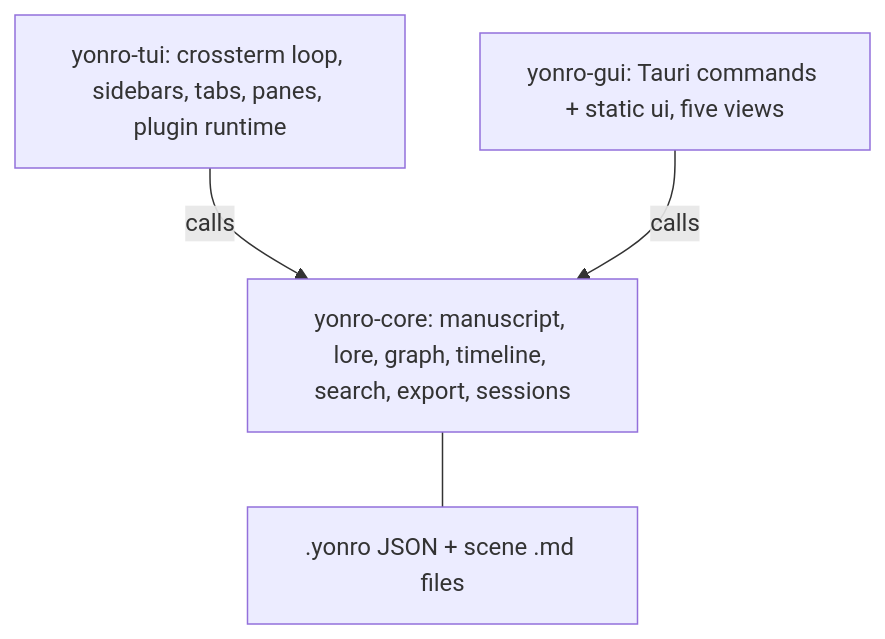
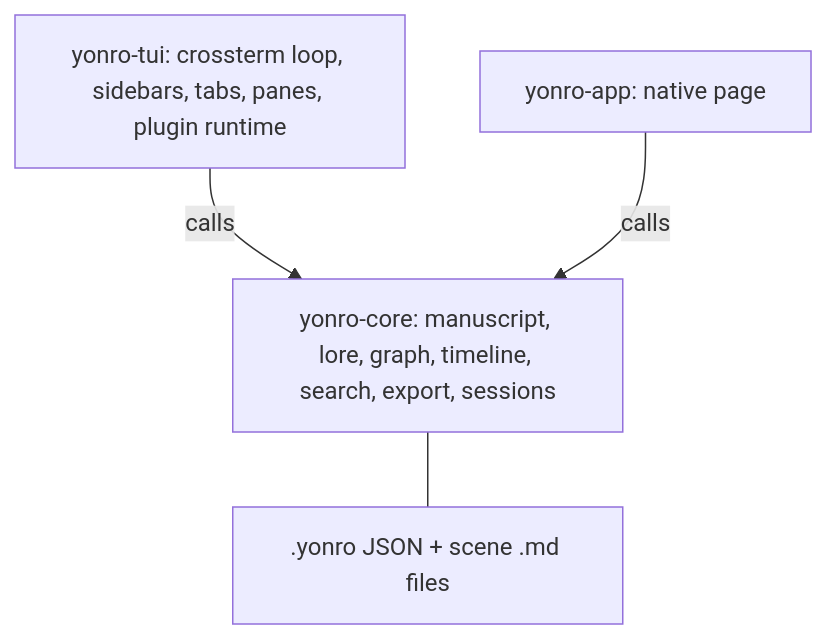
One commit to akshayrivers/Yonro-Text-Editor changed the diagram in Readme.md. Above: the diagram before and after it, drawn with Mermaid. The commit also changed other lines of this file and 32 other files, not shown here.

Commit message:
gui: g9-cutover retire the tauri shell

````diff
--- a/Readme.md
+++ b/Readme.md
@@ -120,10 +113,10 @@
 ```mermaid
 graph TD
     Core[yonro-core: manuscript, lore, graph, timeline, search, export, sessions]
     TUI[yonro-tui: crossterm loop, sidebars, tabs, panes, plugin runtime]
-    GUI[yonro-gui: Tauri commands + static ui, five views]
+    GUI[yonro-app: native page]
     Disk[.yonro JSON + scene .md files]
     Core --- Disk
     TUI -->|calls| Core
     GUI -->|calls| Core
 ```
````
